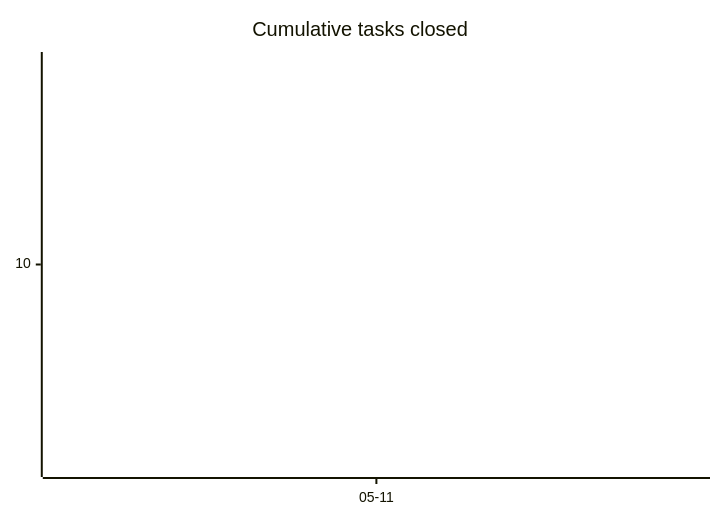
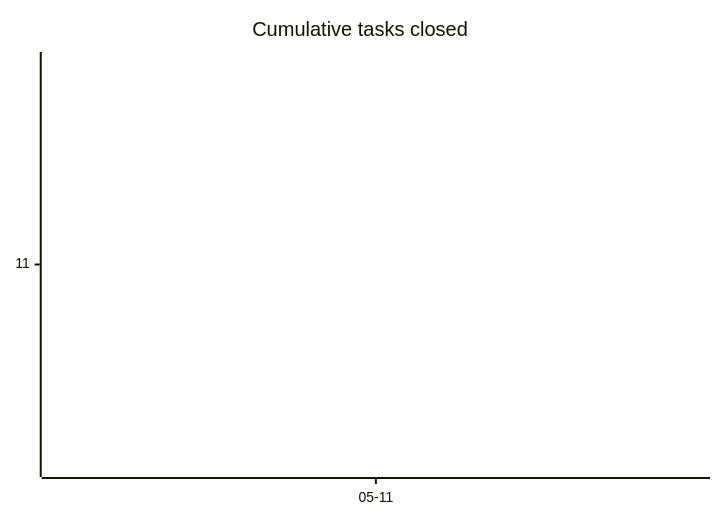
The first of 3 diagrams in docs/developers/tasks/OVERVIEW.md (tgd1975/AwesomeGuitarPedal), drawn with Mermaid before and after one commit. The commit also changed other lines of this file and 7 other files, not shown here.

````diff
--- a/docs/developers/tasks/OVERVIEW.md
+++ b/docs/developers/tasks/OVERVIEW.md
@@ -22,6 +22,6 @@
 ```mermaid
 xychart-beta
     title "Cumulative tasks closed"
     x-axis ["05-11"]
-    line [10]
+    line [11]
 ```
````
